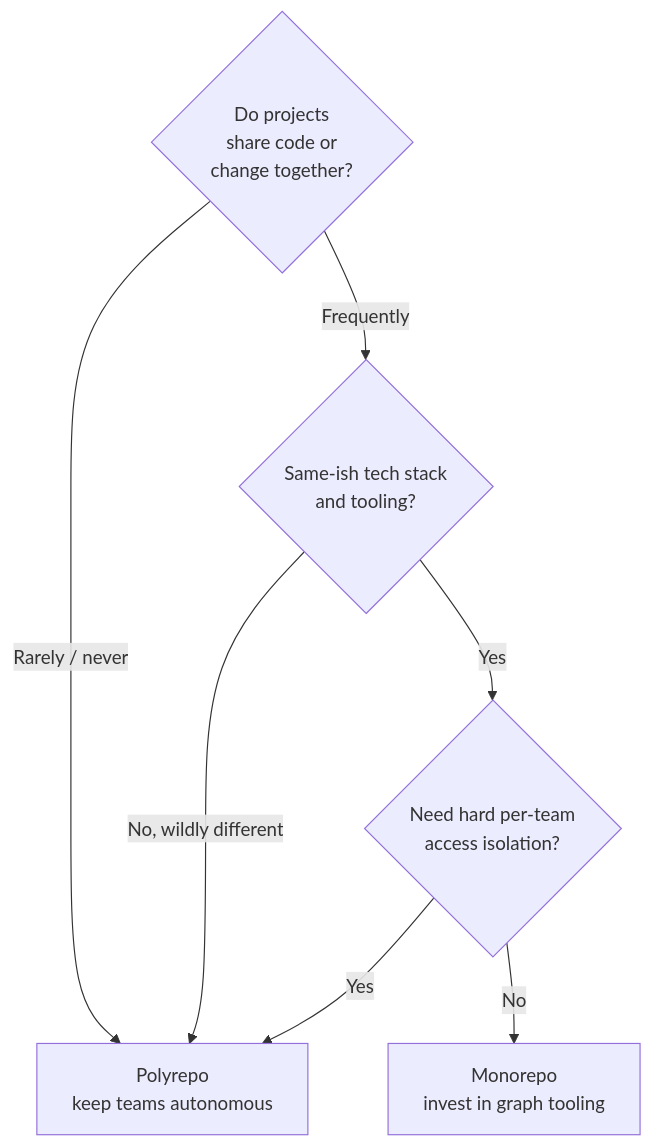
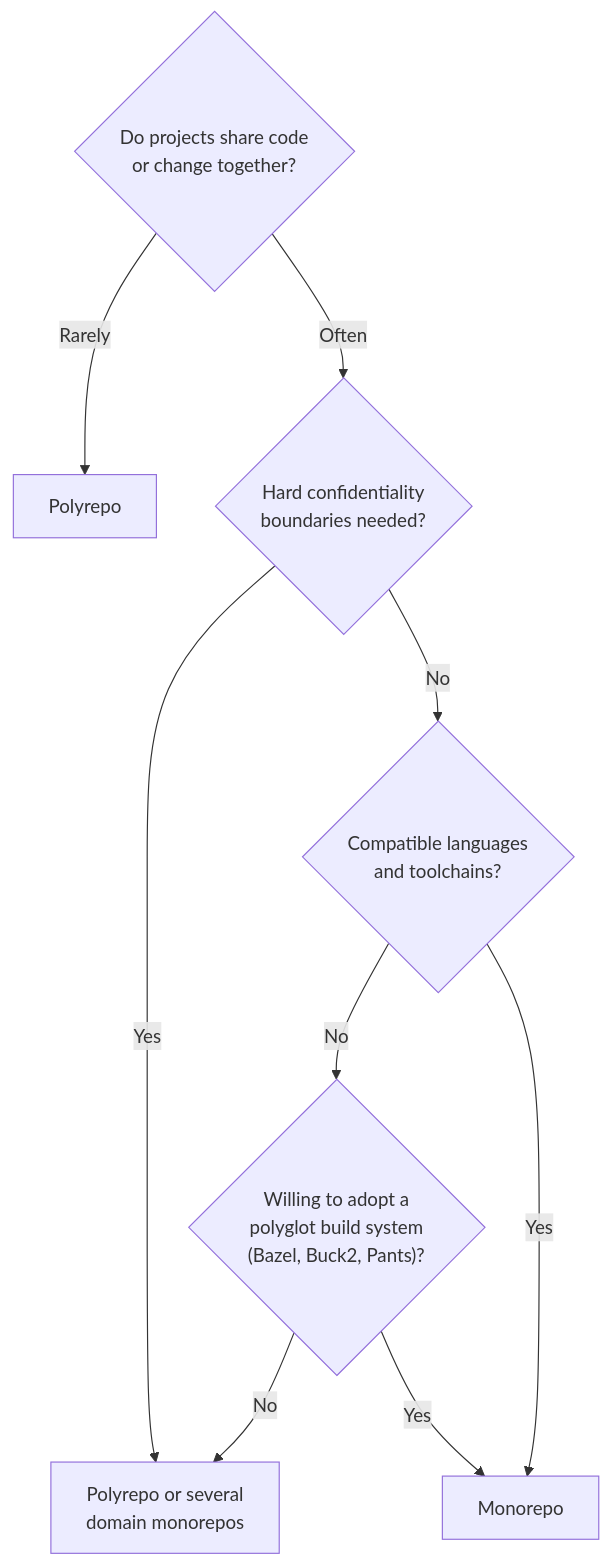
Before and after one commit to AndrewAltimit/Documentation: the third of 3 diagrams in github-pages/docs/advanced/monorepo.md, drawn with Mermaid. The commit also changed other lines of this file and 240 other files, not shown here.

````diff
--- a/github-pages/docs/advanced/monorepo.md
+++ b/github-pages/docs/advanced/monorepo.md
@@ -179,10 +169,12 @@
 ```mermaid
 flowchart TD
-    start{Do projects<br/>share code or<br/>change together?}
-    start -- "Rarely / never" --> poly[Polyrepo<br/>keep teams autonomous]
-    start -- "Frequently" --> stack{Same-ish tech stack<br/>and tooling?}
-    stack -- "No, wildly different" --> poly
-    stack -- "Yes" --> access{Need hard per-team<br/>access isolation?}
-    access -- "Yes" --> poly
-    access -- "No" --> mono[Monorepo<br/>invest in graph tooling]
+    start{"Do projects share code<br/>or change together?"}
+    start -- "Rarely" --> poly["Polyrepo"]
+    start -- "Often" --> sec{"Hard confidentiality<br/>boundaries needed?"}
+    sec -- "Yes" --> split["Polyrepo or several<br/>domain monorepos"]
+    sec -- "No" --> stack{"Compatible languages<br/>and toolchains?"}
+    stack -- "No" --> herm{"Willing to adopt a<br/>polyglot build system<br/>(Bazel, Buck2, Pants)?"}
+    herm -- "No" --> split
+    herm -- "Yes" --> mono["Monorepo"]
+    stack -- "Yes" --> mono
 ```
````
